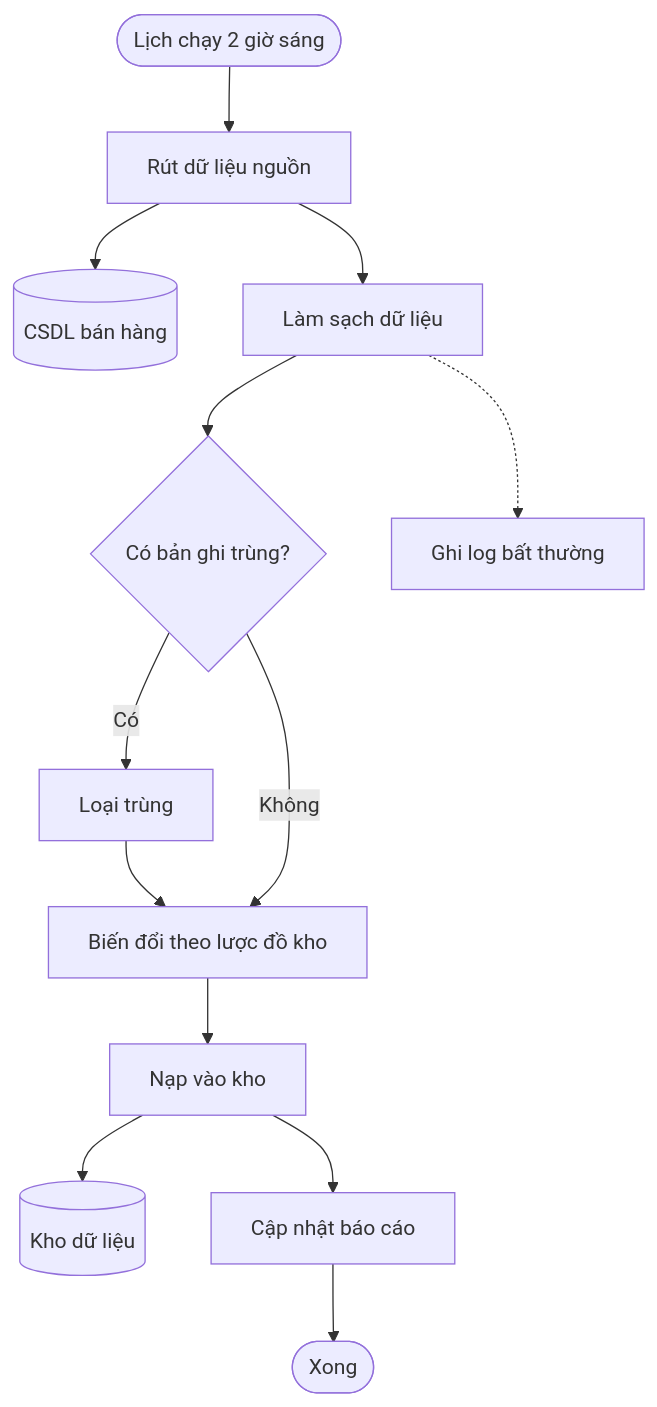
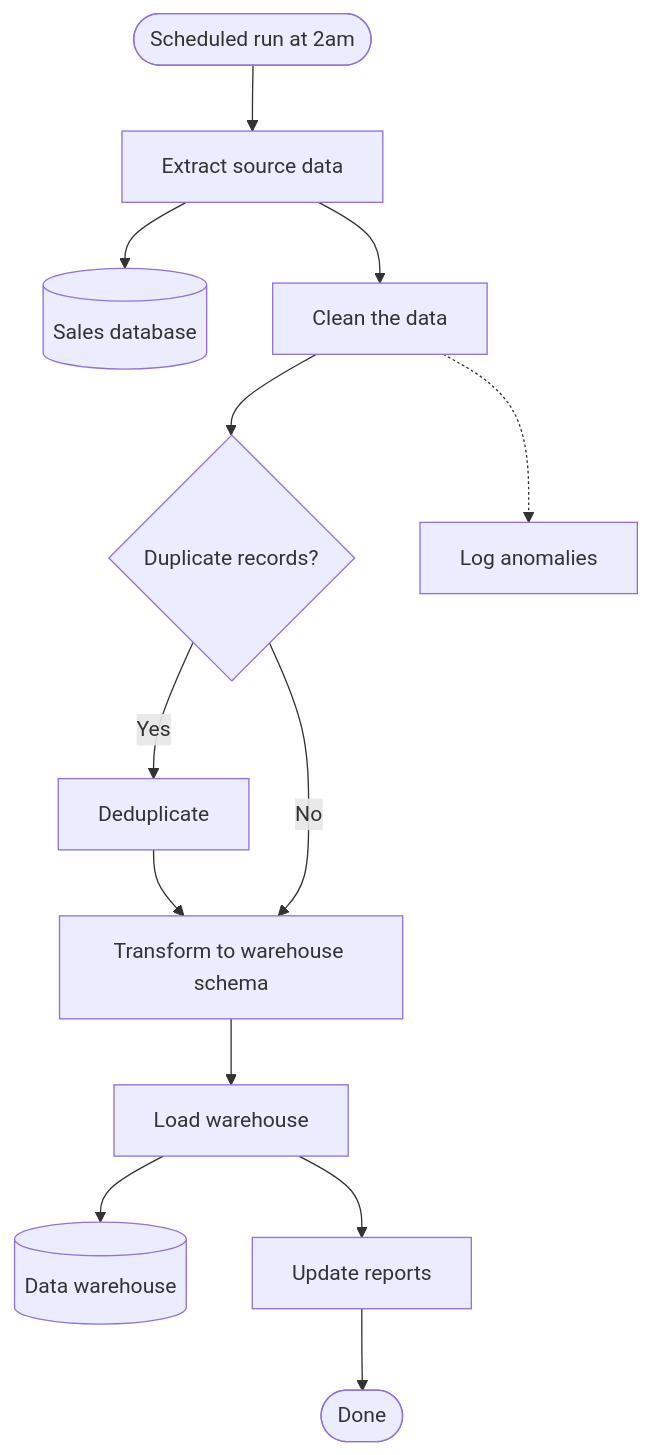
Before and after one commit to luytbq/flowcast: the diagram in conformance/mermaid/06-etl.mmd, drawn with Mermaid. The commit also changed 750 other files, not shown here.

```diff
--- a/conformance/mermaid/06-etl.mmd
+++ b/conformance/mermaid/06-etl.mmd
@@ -1,13 +1,13 @@
 flowchart TD
-    cron([Lịch chạy 2 giờ sáng]) --> extract[Rút dữ liệu nguồn]
-    extract --> src[(CSDL bán hàng)]
-    extract --> clean[Làm sạch dữ liệu]
-    clean --> dup{Có bản ghi trùng?}
-    dup -->|Có| dedup[Loại trùng]
-    dedup --> transform[Biến đổi theo lược đồ kho]
-    dup -->|Không| transform
-    transform --> load[Nạp vào kho]
-    load --> dwh[(Kho dữ liệu)]
-    load --> report[Cập nhật báo cáo]
-    report --> done([Xong])
-    clean -.-> log[Ghi log bất thường]
+    cron([Scheduled run at 2am]) --> extract[Extract source data]
+    extract --> src[(Sales database)]
+    extract --> clean[Clean the data]
+    clean --> dup{Duplicate records?}
+    dup -->|Yes| dedup[Deduplicate]
+    dedup --> transform[Transform to warehouse schema]
+    dup -->|No| transform
+    transform --> load[Load warehouse]
+    load --> dwh[(Data warehouse)]
+    load --> report[Update reports]
+    report --> done([Done])
+    clean -.-> log[Log anomalies]
```
